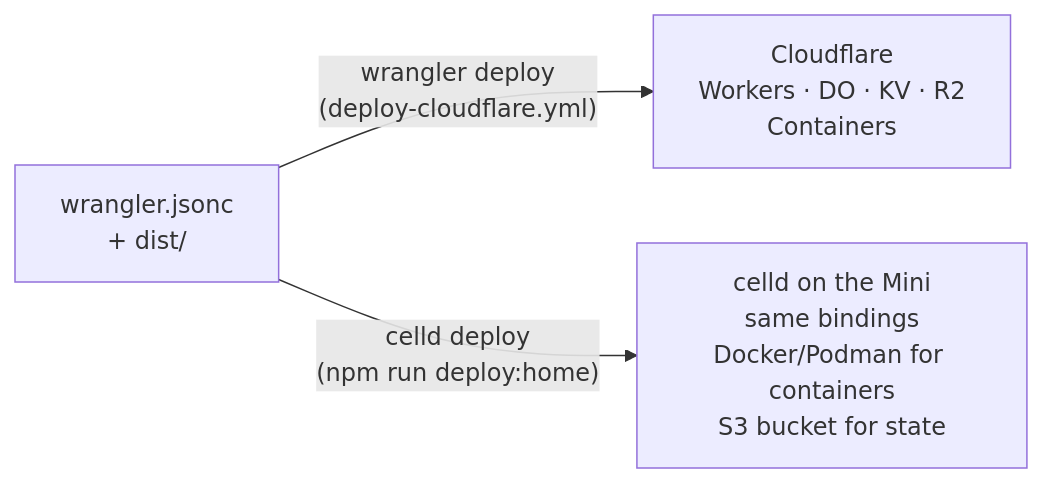
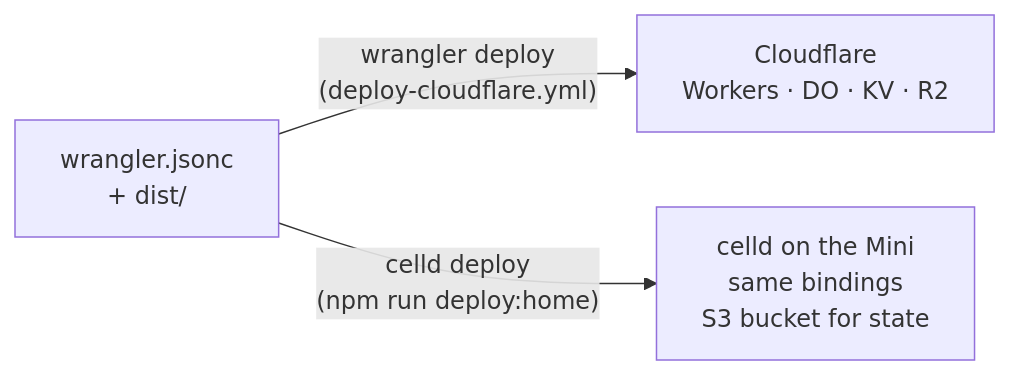
The second of 14 diagrams in docs/architecture.md (shotah/gantree2), drawn with Mermaid before and after one commit. The commit also changed other lines of this file and 1526 other files, not shown here.

````diff
--- a/docs/architecture.md
+++ b/docs/architecture.md
@@ -81,6 +121,6 @@
 ```mermaid
 flowchart LR
   M[wrangler.jsonc<br/>+ dist/]
-  M -- "wrangler deploy<br/>(deploy-cloudflare.yml)" --> CF["Cloudflare<br/>Workers · DO · KV · R2<br/>Containers"]
-  M -- "celld deploy<br/>(npm run deploy:home)" --> HOME["celld on the Mini<br/>same bindings<br/>Docker/Podman for containers<br/>S3 bucket for state"]
+  M -- "wrangler deploy<br/>(deploy-cloudflare.yml)" --> CF["Cloudflare<br/>Workers · DO · KV · R2"]
+  M -- "celld deploy<br/>(npm run deploy:home)" --> HOME["celld on the Mini<br/>same bindings<br/>S3 bucket for state"]
 ```
````
